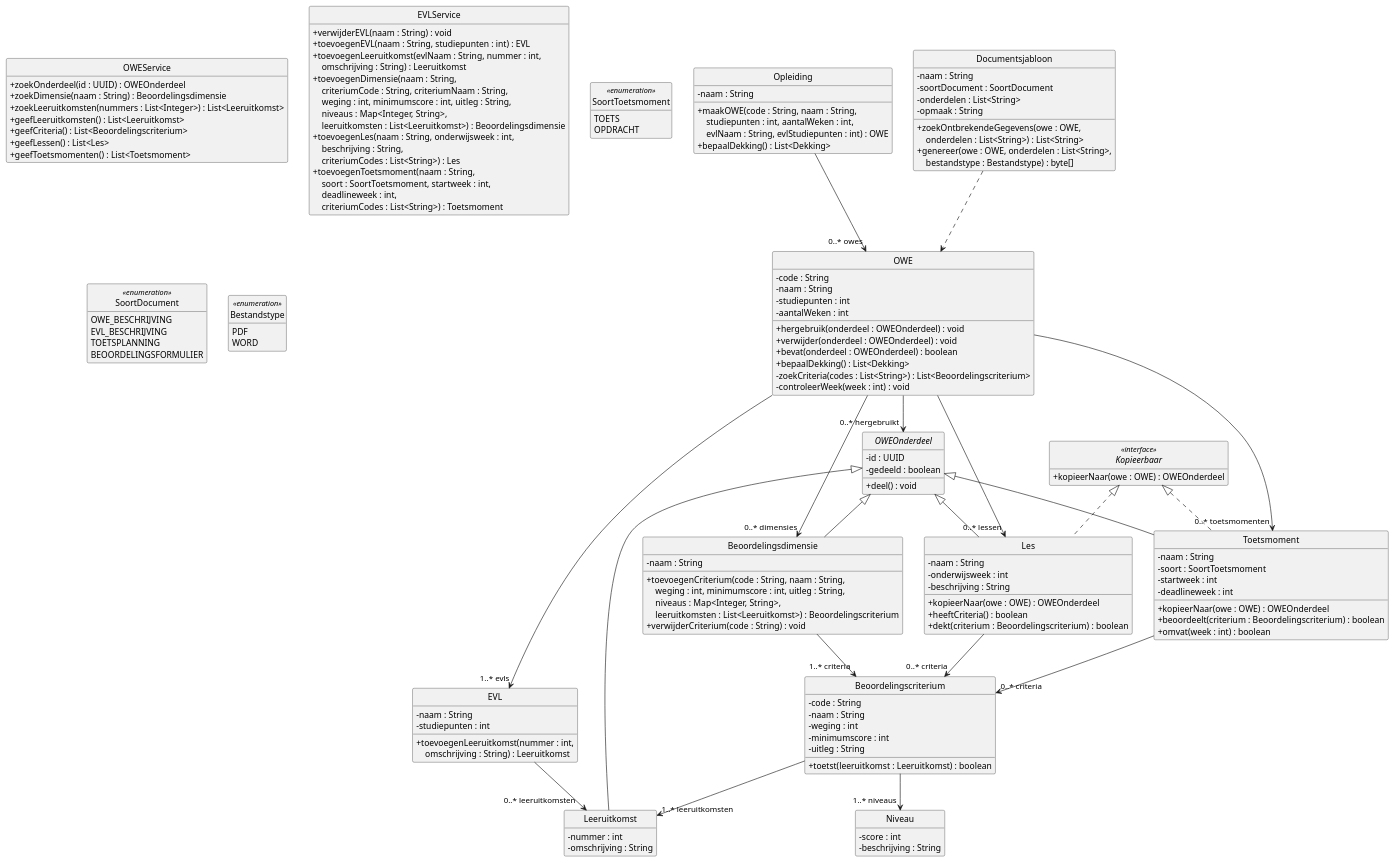
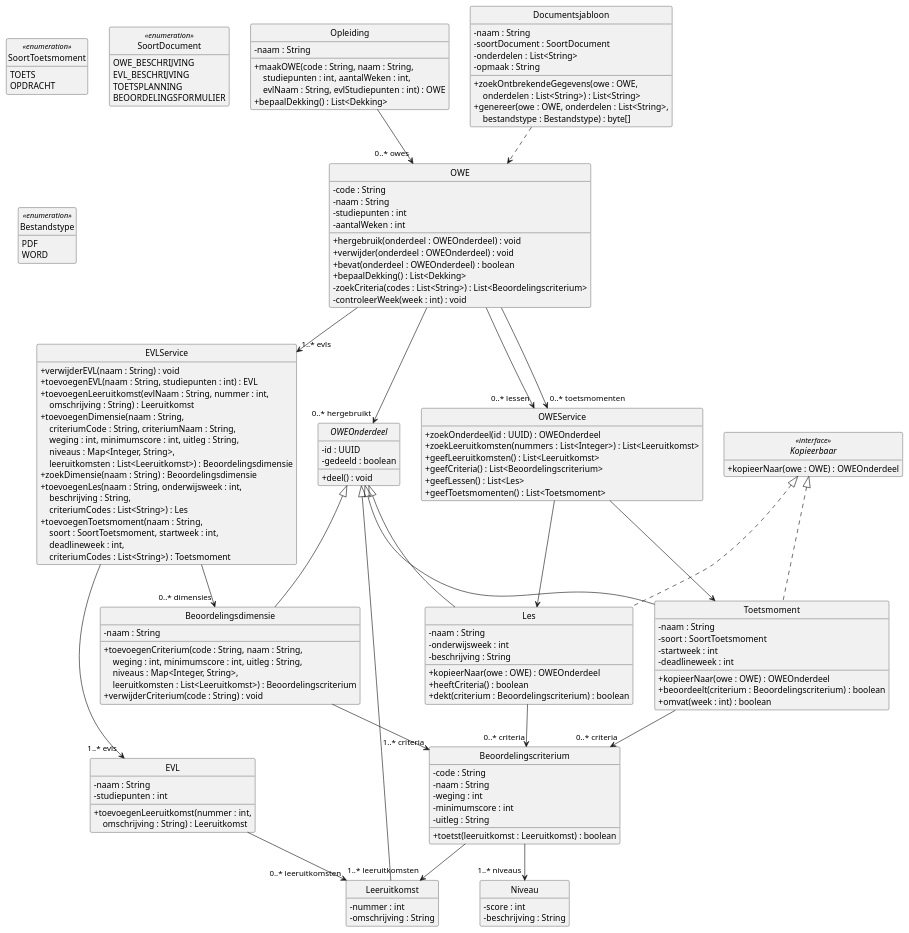
The diagram in docs/diagrams/klassendiagram-domein.puml (HAN-Craftsmanship-KL-JJG/casus), drawn with PlantUML before and after one commit.

Commit message:
Update klassendiagram-domein.puml
Meer splitsing van verantwoordelijkheid. bevat nog wel conflicten in verwantwoordelijkheid.

```diff
--- a/docs/diagrams/klassendiagram-domein.puml
+++ b/docs/diagrams/klassendiagram-domein.puml
@@ -1,173 +1,176 @@
 @startuml klassendiagram-domein
 ' Design class diagram van ICDE: de domeinklassen. Toelichting: docs/07-klassendiagram.md
 ' Getters en setters staan er niet in, zoals bij Larman (7.6).
 skinparam style strictuml
 skinparam shadowing false
 skinparam defaultFontName Helvetica
 skinparam classAttributeIconSize 0
 hide empty members
 
 class Opleiding {
   - naam : String
   + maakOWE(code : String, naam : String,\n    \
 studiepunten : int, aantalWeken : int,\n    \
 evlNaam : String, evlStudiepunten : int) : OWE
   + bepaalDekking() : List<Dekking>
 }
 
 class OWE {
   - code : String
   - naam : String
   - studiepunten : int
   - aantalWeken : int
   + hergebruik(onderdeel : OWEOnderdeel) : void
   + verwijder(onderdeel : OWEOnderdeel) : void
   + bevat(onderdeel : OWEOnderdeel) : boolean
   + bepaalDekking() : List<Dekking>
   - zoekCriteria(codes : List<String>) : List<Beoordelingscriterium>
   - controleerWeek(week : int) : void
 }
 
 class OWEService{
   + zoekOnderdeel(id : UUID) : OWEOnderdeel
-  + zoekDimensie(naam : String) : Beoordelingsdimensie
   + zoekLeeruitkomsten(nummers : List<Integer>) : List<Leeruitkomst>
   + geefLeeruitkomsten() : List<Leeruitkomst>
   + geefCriteria() : List<Beoordelingscriterium>
   + geefLessen() : List<Les>
   + geefToetsmomenten() : List<Toetsmoment>
 }
 
 class EVLService{
   + verwijderEVL(naam : String) : void
   + toevoegenEVL(naam : String, studiepunten : int) : EVL
   + toevoegenLeeruitkomst(evlNaam : String, nummer : int,\n    \
 omschrijving : String) : Leeruitkomst
   + toevoegenDimensie(naam : String,\n    \
 criteriumCode : String, criteriumNaam : String,\n    \
 weging : int, minimumscore : int, uitleg : String,\n    \
 niveaus : Map<Integer, String>,\n    \
 leeruitkomsten : List<Leeruitkomst>) : Beoordelingsdimensie
+  + zoekDimensie(naam : String) : Beoordelingsdimensie
   + toevoegenLes(naam : String, onderwijsweek : int,\n    \
 beschrijving : String,\n    \
 criteriumCodes : List<String>) : Les
   + toevoegenToetsmoment(naam : String,\n    \
 soort : SoortToetsmoment, startweek : int,\n    \
 deadlineweek : int,\n    \
 criteriumCodes : List<String>) : Toetsmoment
 }
 
 class EVL {
   - naam : String
   - studiepunten : int
   + toevoegenLeeruitkomst(nummer : int,\n    \
 omschrijving : String) : Leeruitkomst
 }
 
 abstract class OWEOnderdeel {
   - id : UUID
   - gedeeld : boolean
   + deel() : void
 }
 
 class Leeruitkomst {
   - nummer : int
   - omschrijving : String
 }
 
 class Beoordelingsdimensie {
   - naam : String
   + toevoegenCriterium(code : String, naam : String,\n    \
 weging : int, minimumscore : int, uitleg : String,\n    \
 niveaus : Map<Integer, String>,\n    \
 leeruitkomsten : List<Leeruitkomst>) : Beoordelingscriterium
   + verwijderCriterium(code : String) : void
 }
 
 class Beoordelingscriterium {
   - code : String
   - naam : String
   - weging : int
   - minimumscore : int
   - uitleg : String
   + toetst(leeruitkomst : Leeruitkomst) : boolean
 }
 
 class Niveau {
   - score : int
   - beschrijving : String
 }
 
 class Les {
   - naam : String
   - onderwijsweek : int
   - beschrijving : String
   + kopieerNaar(owe : OWE) : OWEOnderdeel
   + heeftCriteria() : boolean
   + dekt(criterium : Beoordelingscriterium) : boolean
 }
 
 class Toetsmoment {
   - naam : String
   - soort : SoortToetsmoment
   - startweek : int
   - deadlineweek : int
   + kopieerNaar(owe : OWE) : OWEOnderdeel
   + beoordeelt(criterium : Beoordelingscriterium) : boolean
   + omvat(week : int) : boolean
 }
 
 class Documentsjabloon {
   - naam : String
   - soortDocument : SoortDocument
   - onderdelen : List<String>
   - opmaak : String
   + zoekOntbrekendeGegevens(owe : OWE,\n    \
 onderdelen : List<String>) : List<String>
   + genereer(owe : OWE, onderdelen : List<String>,\n    \
 bestandstype : Bestandstype) : byte[]
 }
 
 interface Kopieerbaar <<interface>> {
   + kopieerNaar(owe : OWE) : OWEOnderdeel
 }
 
 enum SoortToetsmoment <<enumeration>> {
   TOETS
   OPDRACHT
 }
 
 enum SoortDocument <<enumeration>> {
   OWE_BESCHRIJVING
   EVL_BESCHRIJVING
   TOETSPLANNING
   BEOORDELINGSFORMULIER
 }
 
 enum Bestandstype <<enumeration>> {
   PDF
   WORD
 }
 
 Opleiding --> "0..* owes" OWE
-OWE --> "1..* evls" EVL
+OWE --> "1..* evls" EVLService
+EVLService --> "1..* evls" EVL
 EVL --> "0..* leeruitkomsten" Leeruitkomst
-OWE --> "0..* dimensies" Beoordelingsdimensie
+EVLService --> "0..* dimensies" Beoordelingsdimensie
 Beoordelingsdimensie --> "1..* criteria" Beoordelingscriterium
 Beoordelingscriterium --> "1..* niveaus" Niveau
 Beoordelingscriterium --> "1..* leeruitkomsten" Leeruitkomst
-OWE --> "0..* lessen" Les
-OWE --> "0..* toetsmomenten" Toetsmoment
+OWE --> "0..* lessen" OWEService
+OWEService --> Les
+OWE --> "0..* toetsmomenten" OWEService
+OWEService --> Toetsmoment
 Les --> "0..* criteria" Beoordelingscriterium
 Toetsmoment --> "0..* criteria" Beoordelingscriterium
 OWE --> "0..* hergebruikt" OWEOnderdeel
 
 OWEOnderdeel <|-- Leeruitkomst
 OWEOnderdeel <|-- Beoordelingsdimensie
 OWEOnderdeel <|-- Les
 OWEOnderdeel <|-- Toetsmoment
 Kopieerbaar <|.. Les
 Kopieerbaar <|.. Toetsmoment
 
 Documentsjabloon ..> OWE
 @enduml
```
